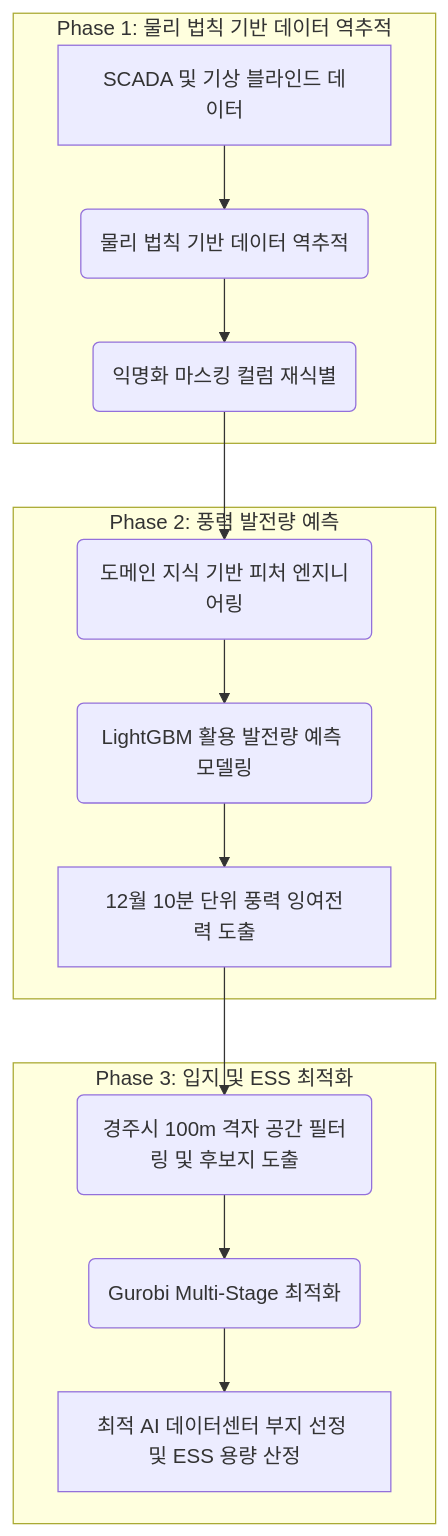
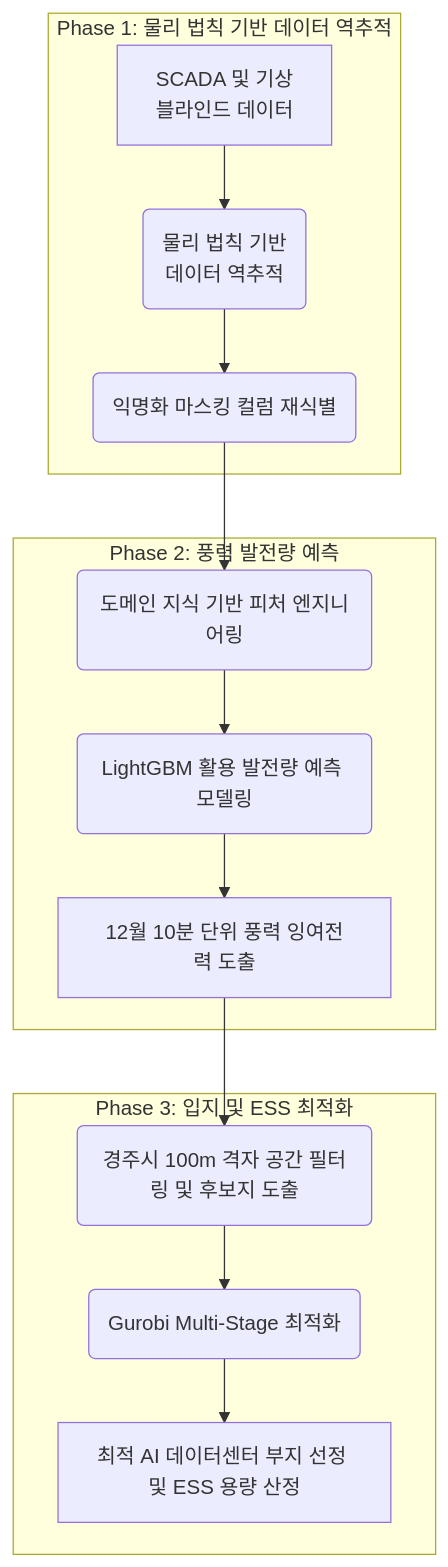
The diagram in README.md (ParkMinhyoung/FIELD-CAMP-1st-Place), drawn with Mermaid before and after one commit.

````diff
--- a/README.md
+++ b/README.md
@@ -83,19 +83,19 @@
 ```mermaid
 flowchart TD
     subgraph Phase 1 [Phase 1: 물리 법칙 기반 데이터 역추적]
-        A[SCADA 및 기상 블라인드 데이터] --> B(물리 법칙 기반 데이터 역추적)
+        A["SCADA 및 기상<br>블라인드 데이터"] --> B("물리 법칙 기반<br>데이터 역추적")
         B --> C(익명화 마스킹 컬럼 재식별)
     end
 
     subgraph Phase 2 [Phase 2: 풍력 발전량 예측]
         C --> D(도메인 지식 기반 피처 엔지니어링)
         D --> E(LightGBM 활용 발전량 예측 모델링)
         E --> F[12월 10분 단위 풍력 잉여전력 도출]
     end
 
     subgraph Phase 3 [Phase 3: 입지 및 ESS 최적화]
         F --> G(경주시 100m 격자 공간 필터링 및 후보지 도출)
         G --> H(Gurobi Multi-Stage 최적화)
         H --> I[최적 AI 데이터센터 부지 선정 및 ESS 용량 산정]
     end
 ```
````
